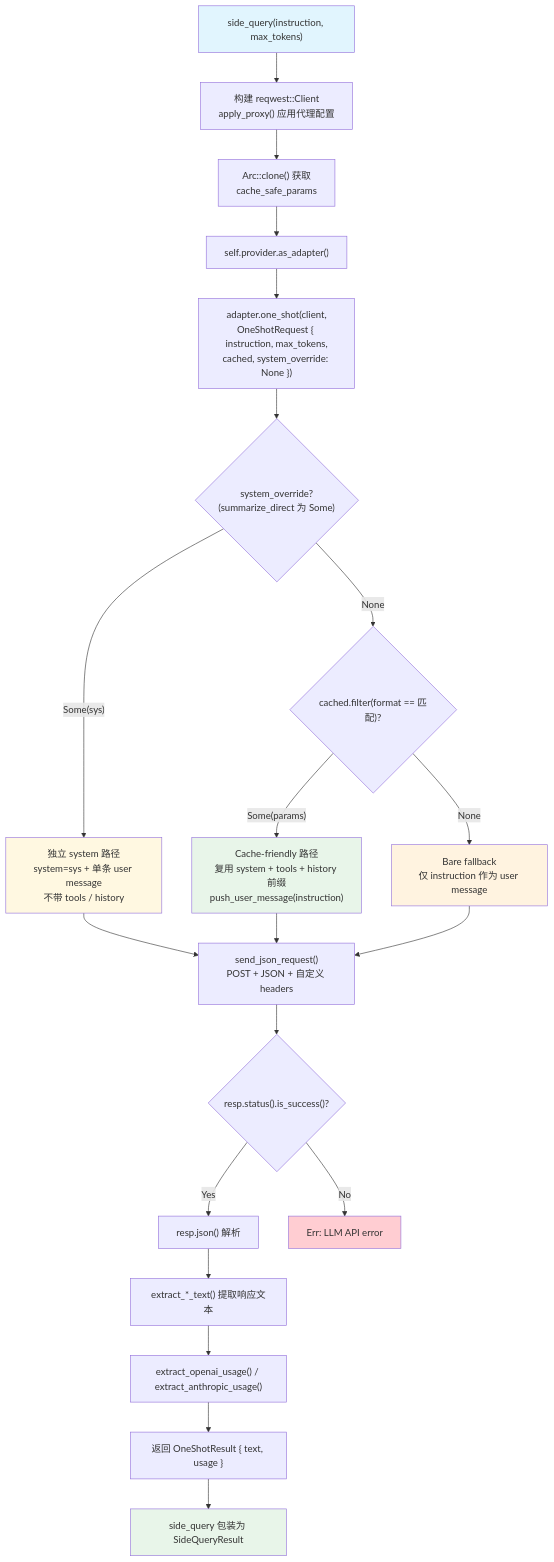
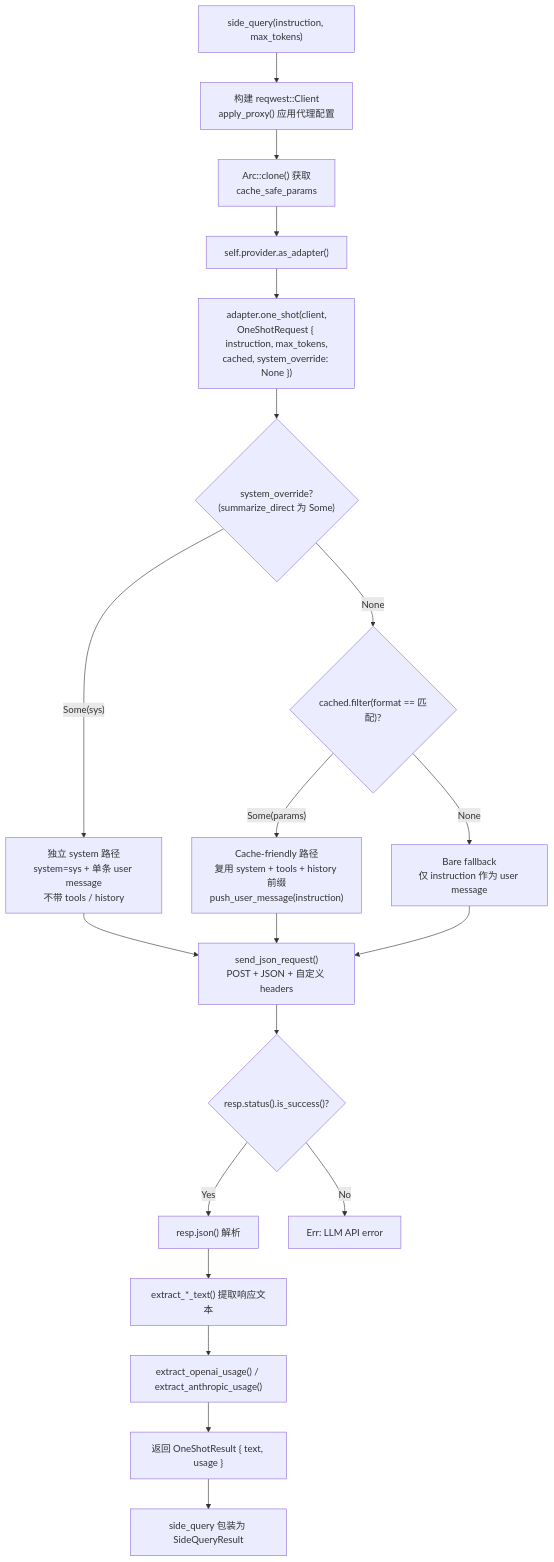
The second of 2 diagrams in docs/architecture/side-query.md (shiwenwen/hope-agent), drawn with Mermaid before and after one commit. The commit also changed 13 other files, not shown here.

First line of the commit message:
docs: 移除 mermaid 图表中的自定义背景色填充

````diff
--- a/docs/architecture/side-query.md
+++ b/docs/architecture/side-query.md
@@ -54,32 +54,26 @@
 ```mermaid
 flowchart TD
     A["side_query(instruction, max_tokens)"] --> B["构建 reqwest::Client<br/>apply_proxy() 应用代理配置"]
     B --> C["Arc::clone() 获取<br/>cache_safe_params"]
     C --> D["self.provider.as_adapter()"]
     D --> E["adapter.one_shot(client,<br/>OneShotRequest { instruction, max_tokens,<br/>cached, system_override: None })"]
 
     E --> F{"system_override?<br/>(summarize_direct 为 Some)"}
     F -- "Some(sys)" --> G["独立 system 路径<br/>system=sys + 单条 user message<br/>不带 tools / history"]
     F -- "None" --> H{"cached.filter(format == 匹配)?"}
 
     H -- "Some(params)" --> I["Cache-friendly 路径<br/>复用 system + tools + history 前缀<br/>push_user_message(instruction)"]
     H -- "None" --> J["Bare fallback<br/>仅 instruction 作为 user message"]
 
     G --> K["send_json_request()<br/>POST + JSON + 自定义 headers"]
     I --> K
     J --> K
     K --> L{"resp.status().is_success()?"}
     L -- Yes --> M["resp.json() 解析"]
     L -- No --> N["Err: LLM API error"]
     M --> O["extract_*_text() 提取响应文本"]
     O --> P["extract_openai_usage() / extract_anthropic_usage()"]
     P --> Q["返回 OneShotResult { text, usage }"]
     Q --> R["side_query 包装为 SideQueryResult"]
 
-    style A fill:#e1f5fe
-    style G fill:#fff8e1
-    style I fill:#e8f5e9
-    style J fill:#fff3e0
-    style R fill:#e8f5e9
-    style N fill:#ffcdd2
 ```
````
